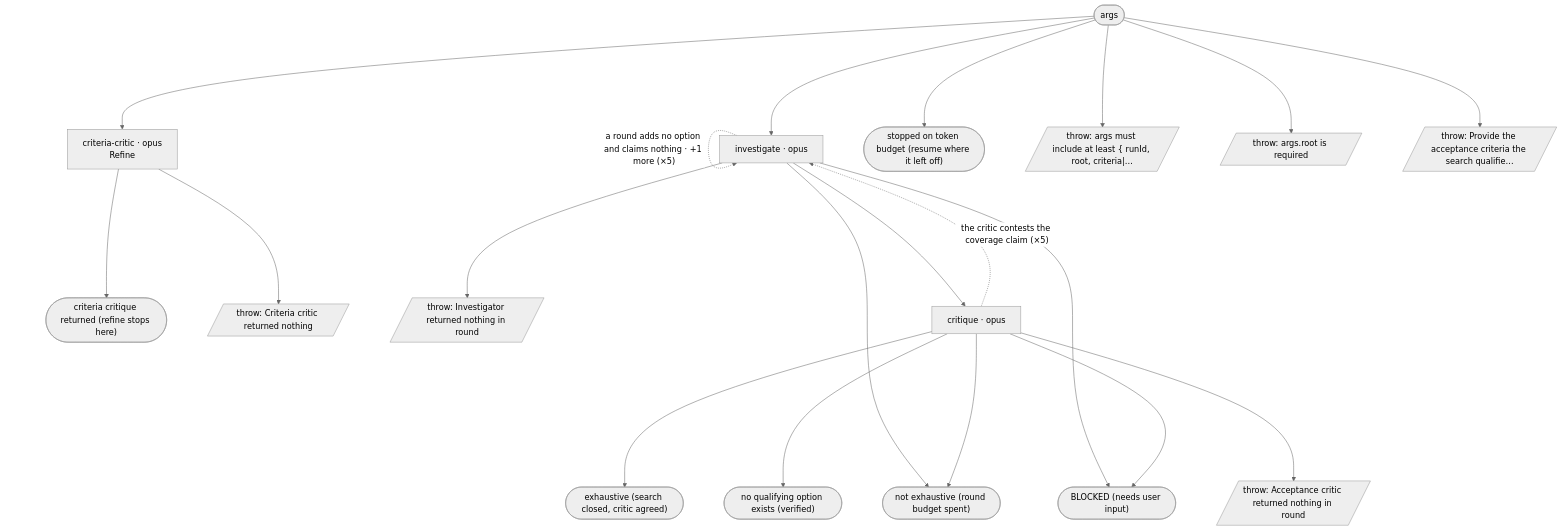
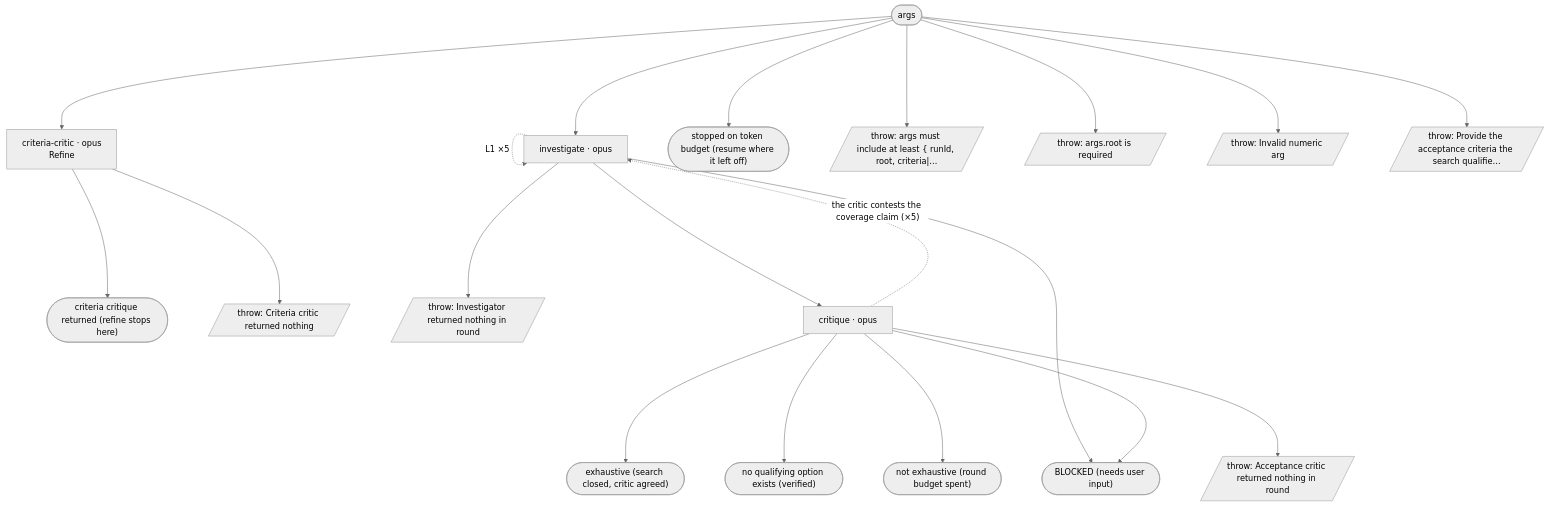
Before and after one commit to Blakeem/aipromptguide-workflows: the diagram in workflows/investigate/FLOW.md, drawn with Mermaid (neutral theme). The commit also changed other lines of this file and 35 other files, not shown here.

````diff
--- a/workflows/investigate/FLOW.md
+++ b/workflows/investigate/FLOW.md
@@ -8,39 +8,40 @@
 ```mermaid
 %%{init: {"flowchart": {"nodeSpacing": 80, "rankSpacing": 200}}}%%
 flowchart TD
   S0(["args"])
   a1["criteria-critic · opus<br/>Refine"]
   a2["investigate · opus"]
   a3["critique · opus"]
   t1(["criteria critique returned (refine stops here)"])
   t2(["exhaustive (search closed, critic agreed)"])
   t3(["no qualifying option exists (verified)"])
   t4(["not exhaustive (round budget spent)"])
   t5(["stopped on token budget (resume where it left off)"])
   t6(["BLOCKED (needs user input)"])
   x1[/"throw: args must include at least { runId, root, criteria#124;…"/]
   x2[/"throw: args.root is required"/]
-  x3[/"throw: Provide the acceptance criteria the search qualifie…"/]
-  x4[/"throw: Criteria critic returned nothing"/]
-  x5[/"throw: Investigator returned nothing in round"/]
-  x6[/"throw: Acceptance critic returned nothing in round"/]
+  x3[/"throw: Invalid numeric arg"/]
+  x4[/"throw: Provide the acceptance criteria the search qualifie…"/]
+  x5[/"throw: Criteria critic returned nothing"/]
+  x6[/"throw: Investigator returned nothing in round"/]
+  x7[/"throw: Acceptance critic returned nothing in round"/]
   S0 --> a1
   S0 --> a2
   S0 --> t5
   S0 --> x1
   S0 --> x2
   S0 --> x3
+  S0 --> x4
   a1 --> t1
-  a1 --> x4
-  a2 -.->|"a round adds no option and claims nothing · +1 more (×5)"| a2
+  a1 --> x5
+  a2 -.->|"L1 ×5"| a2
   a2 --> a3
-  a2 --> t4
   a2 --> t6
-  a2 --> x5
+  a2 --> x6
   a3 -.->|"the critic contests the coverage claim (×5)"| a2
   a3 --> t2
   a3 --> t3
   a3 --> t4
   a3 --> t6
-  a3 --> x6
+  a3 --> x7
 ```
````
